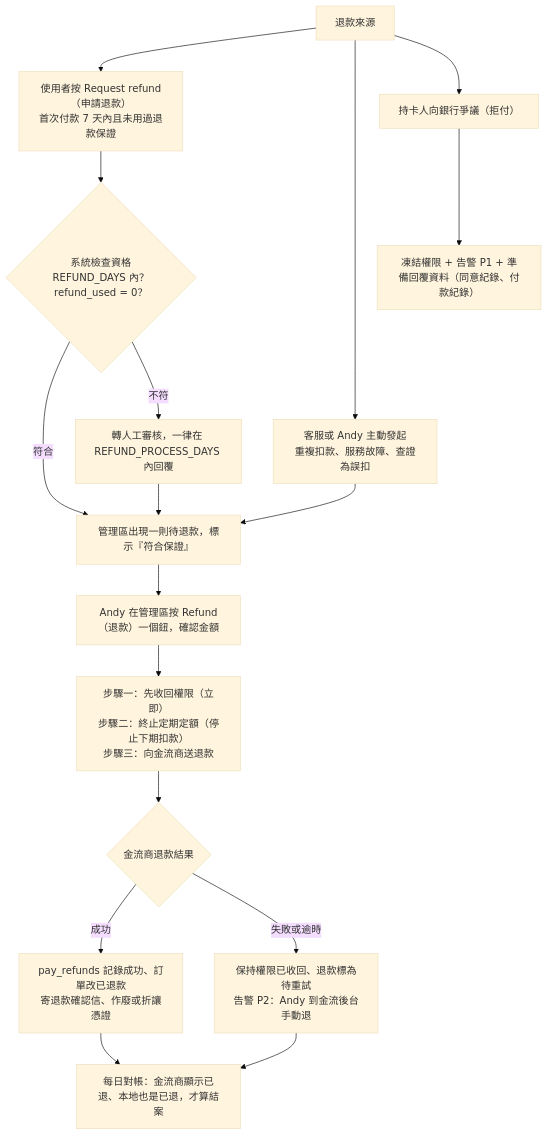
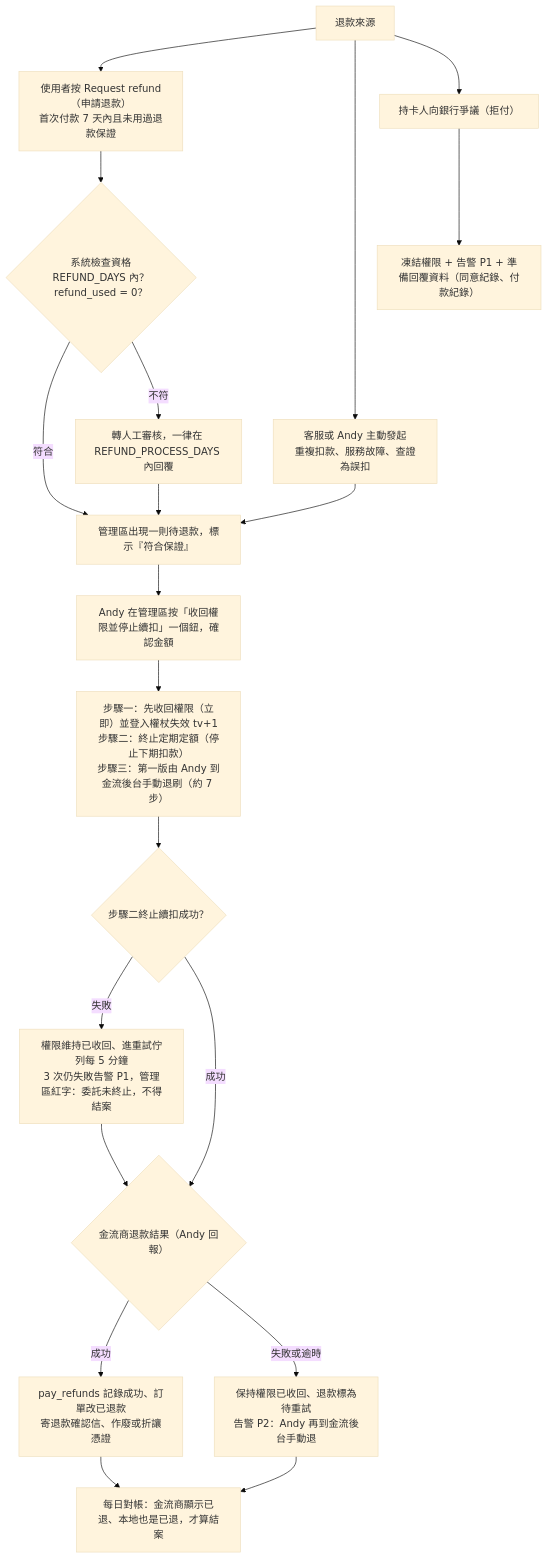
Before and after one commit to MiaoZiKe/tw-rotation: the third of 9 diagrams in docs/payments/checkout_subscription_spec.md, drawn with Mermaid (base theme). The commit also changed other lines of this file and 1 other file, not shown here.

````diff
--- a/docs/payments/checkout_subscription_spec.md
+++ b/docs/payments/checkout_subscription_spec.md
@@ -64,19 +70,22 @@
 ```mermaid
 flowchart TD
   R0["退款來源"] --> R1["使用者按 Request refund（申請退款）<br/>首次付款 7 天內且未用過退款保證"]
   R0 --> R2["客服或 Andy 主動發起<br/>重複扣款、服務故障、查證為誤扣"]
   R0 --> R3["持卡人向銀行爭議（拒付）"]
   R1 --> R4{"系統檢查資格<br/>REFUND_DAYS 內？refund_used = 0？"}
   R4 -- "符合" --> R5["管理區出現一則待退款，標示『符合保證』"]
   R4 -- "不符" --> R6["轉人工審核，一律在 REFUND_PROCESS_DAYS 內回覆"]
   R2 --> R5
   R6 --> R5
-  R5 --> R7["Andy 在管理區按 Refund（退款）一個鈕，確認金額"]
-  R7 --> R8["步驟一：先收回權限（立即）<br/>步驟二：終止定期定額（停止下期扣款）<br/>步驟三：向金流商送退款"]
-  R8 --> R9{"金流商退款結果"}
+  R5 --> R7["Andy 在管理區按「收回權限並停止續扣」一個鈕，確認金額"]
+  R7 --> R8["步驟一：先收回權限（立即）並登入權杖失效 tv+1<br/>步驟二：終止定期定額（停止下期扣款）<br/>步驟三：第一版由 Andy 到金流後台手動退刷（約 7 步）"]
+  R8 --> R8b{"步驟二終止續扣成功？"}
+  R8b -- "失敗" --> R8c["權限維持已收回、進重試佇列每 5 分鐘<br/>3 次仍失敗告警 P1，管理區紅字：委託未終止，不得結案"]
+  R8b -- "成功" --> R9{"金流商退款結果（Andy 回報）"}
+  R8c --> R9
   R9 -- "成功" --> R10["pay_refunds 記錄成功、訂單改已退款<br/>寄退款確認信、作廢或折讓憑證"]
-  R9 -- "失敗或逾時" --> R11["保持權限已收回、退款標為待重試<br/>告警 P2：Andy 到金流後台手動退"]
+  R9 -- "失敗或逾時" --> R11["保持權限已收回、退款標為待重試<br/>告警 P2：Andy 再到金流後台手動退"]
   R3 --> R12["凍結權限 + 告警 P1 + 準備回覆資料（同意紀錄、付款紀錄）"]
   R10 --> R13["每日對帳：金流商顯示已退、本地也是已退，才算結案"]
   R11 --> R13
 ```
````
